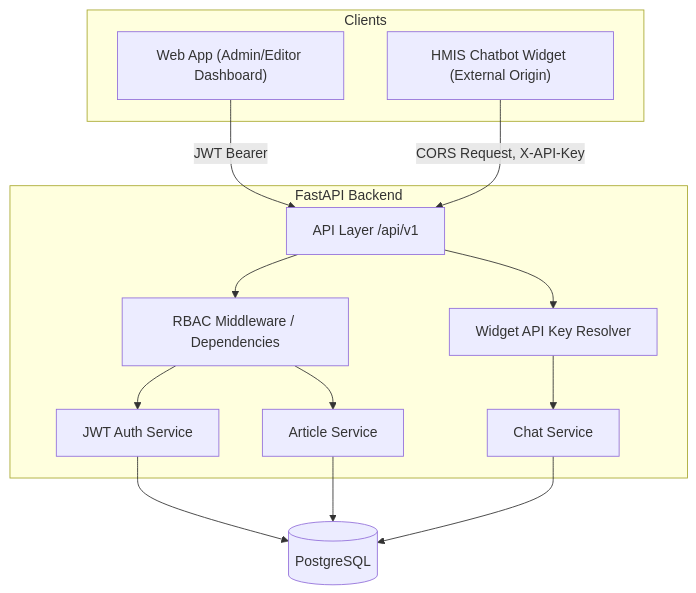
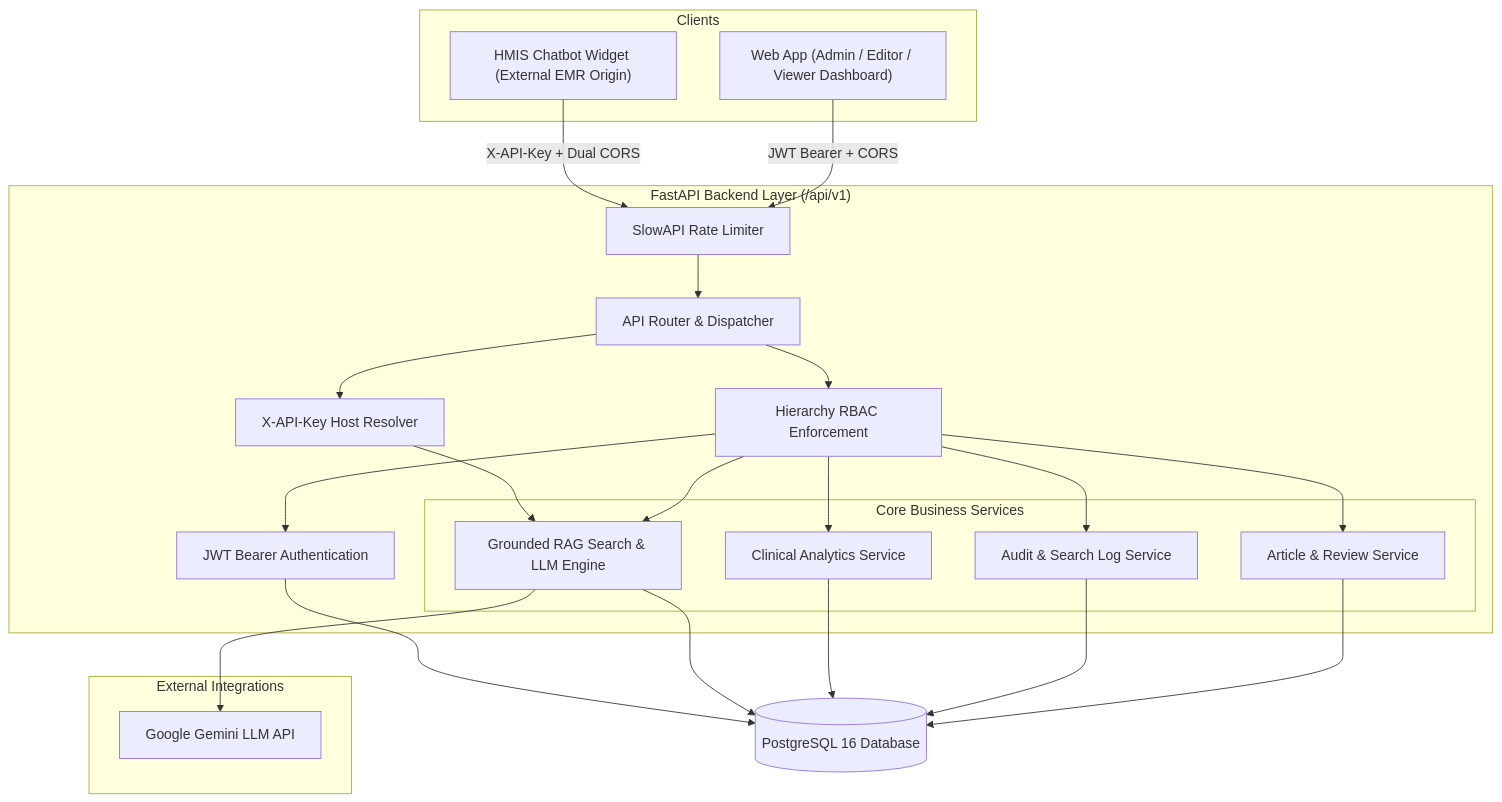
One commit to Hakeem-A/healthtech-kb changed the first of 2 diagrams in docs/architecture.md. Above: the diagram before and after it, drawn with Mermaid. The commit also changed other lines of this file and 28 other files, not shown here.

Commit message:
All repository documentation files in docs have been updated to reflect   the codebase, schema models, RAG conversational engine, security   architecture, and API routes.

````diff
--- a/docs/architecture.md
+++ b/docs/architecture.md
@@ -63,32 +33,50 @@
 ```mermaid
 flowchart TD
 
-    subgraph Clients
-        WebApp["Web App (Admin/Editor Dashboard)"]
-        Widget["HMIS Chatbot Widget (External Origin)"]
+    subgraph Clients["Clients"]
+        WebApp["Web App (Admin / Editor / Viewer Dashboard)"]
+        Widget["HMIS Chatbot Widget (External EMR Origin)"]
     end
 
-    subgraph Backend["FastAPI Backend"]
-        API[API Layer /api/v1]
-        AuthSvc[JWT Auth Service]
-        WidgetAuth[Widget API Key Resolver]
-        RBAC[RBAC Middleware / Dependencies]
-        ChatSvc[Chat Service]
-        ArticleSvc[Article Service]
+    subgraph Backend["FastAPI Backend Layer (/api/v1)"]
+        API[API Router & Dispatcher]
+        Limiter[SlowAPI Rate Limiter]
+        AuthSvc[JWT Bearer Authentication]
+        WidgetAuth[X-API-Key Host Resolver]
+        RBAC[Hierarchy RBAC Enforcement]
+        
+        subgraph Services["Core Business Services"]
+            ArticleSvc[Article & Review Service]
+            AuditSvc[Audit & Search Log Service]
+            AnalyticsSvc[Clinical Analytics Service]
+            RAGSvc[Grounded RAG Search & LLM Engine]
+        end
     end
 
-    DB[(PostgreSQL)]
+    subgraph External["External Integrations"]
+        GeminiAPI["Google Gemini LLM API"]
+    end
 
-    WebApp -->|JWT Bearer| API
-    Widget -->|CORS Request, X-API-Key| API
+    DB[(PostgreSQL 16 Database)]
+
+    WebApp -->|JWT Bearer + CORS| Limiter
+    Widget -->|X-API-Key + Dual CORS| Limiter
+    Limiter --> API
 
     API --> RBAC
     API --> WidgetAuth
+
     RBAC --> AuthSvc
-    WidgetAuth --> ChatSvc
     RBAC --> ArticleSvc
+    RBAC --> AuditSvc
+    RBAC --> AnalyticsSvc
+    RBAC --> RAGSvc
+    WidgetAuth --> RAGSvc
 
+    RAGSvc --> GeminiAPI
+    ArticleSvc --> DB
+    AuditSvc --> DB
+    AnalyticsSvc --> DB
+    RAGSvc --> DB
     AuthSvc --> DB
-    ChatSvc --> DB
-    ArticleSvc --> DB
 ```
````
